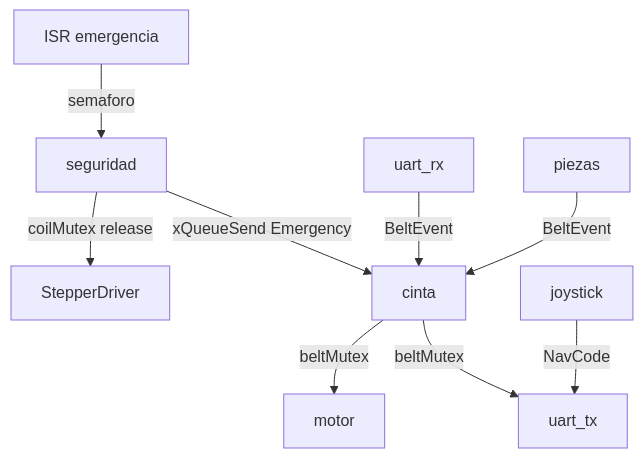
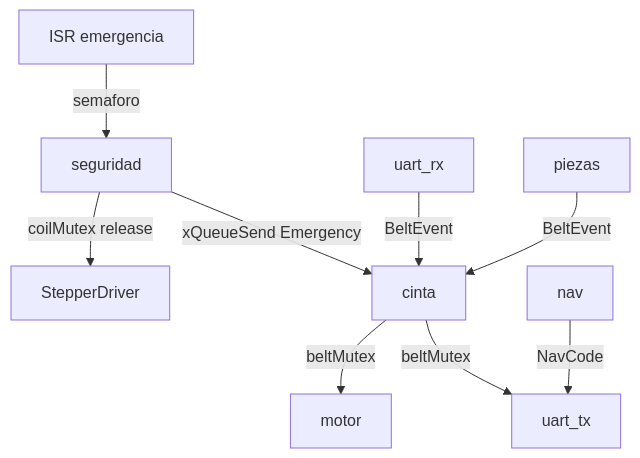
Before and after one commit to Joaquin89ge/cinta-hmi: the diagram in docs/freertos.md, drawn with Mermaid. The commit also changed other lines of this file and 34 other files, not shown here.

````diff
--- a/docs/freertos.md
+++ b/docs/freertos.md
@@ -20,11 +20,11 @@
 ```mermaid
 flowchart TD
   isr[ISR emergencia] -->|semaforo| seguridad
   seguridad -->|coilMutex release| stepper[StepperDriver]
   seguridad -->|xQueueSend Emergency| cinta
   uartRx[uart_rx] -->|BeltEvent| cinta
   piezas -->|BeltEvent| cinta
   cinta -->|beltMutex| motor
   cinta -->|beltMutex| uartTx[uart_tx]
-  joystick -->|NavCode| uartTx
+  nav -->|NavCode| uartTx
 ```
````
